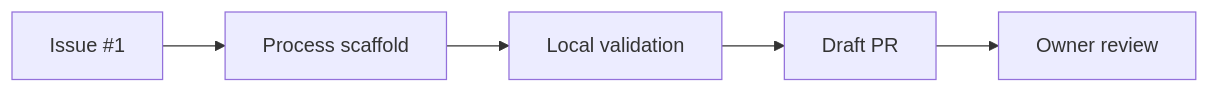
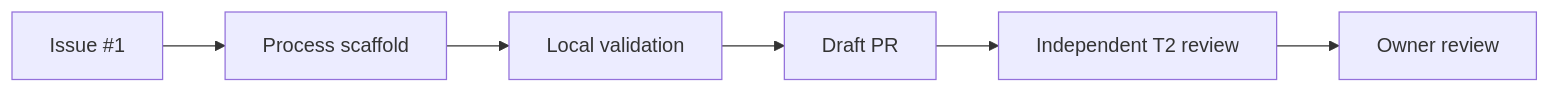
One commit to thanhdu-hcmus/minishop-k8s changed the diagram in docs/devlog/2026-09-25-process-scaffold.md. Above: the diagram before and after it, drawn with Mermaid. The commit also changed other lines of this file and 8 other files, not shown here.

````diff
--- a/docs/devlog/2026-09-25-process-scaffold.md
+++ b/docs/devlog/2026-09-25-process-scaffold.md
@@ -32,7 +34,8 @@
 ```mermaid
 flowchart LR
   A[Issue #1] --> B[Process scaffold]
   B --> C[Local validation]
   C --> D[Draft PR]
-  D --> E[Owner review]
+  D --> E[Independent T2 review]
+  E --> F[Owner review]
 ```
````
